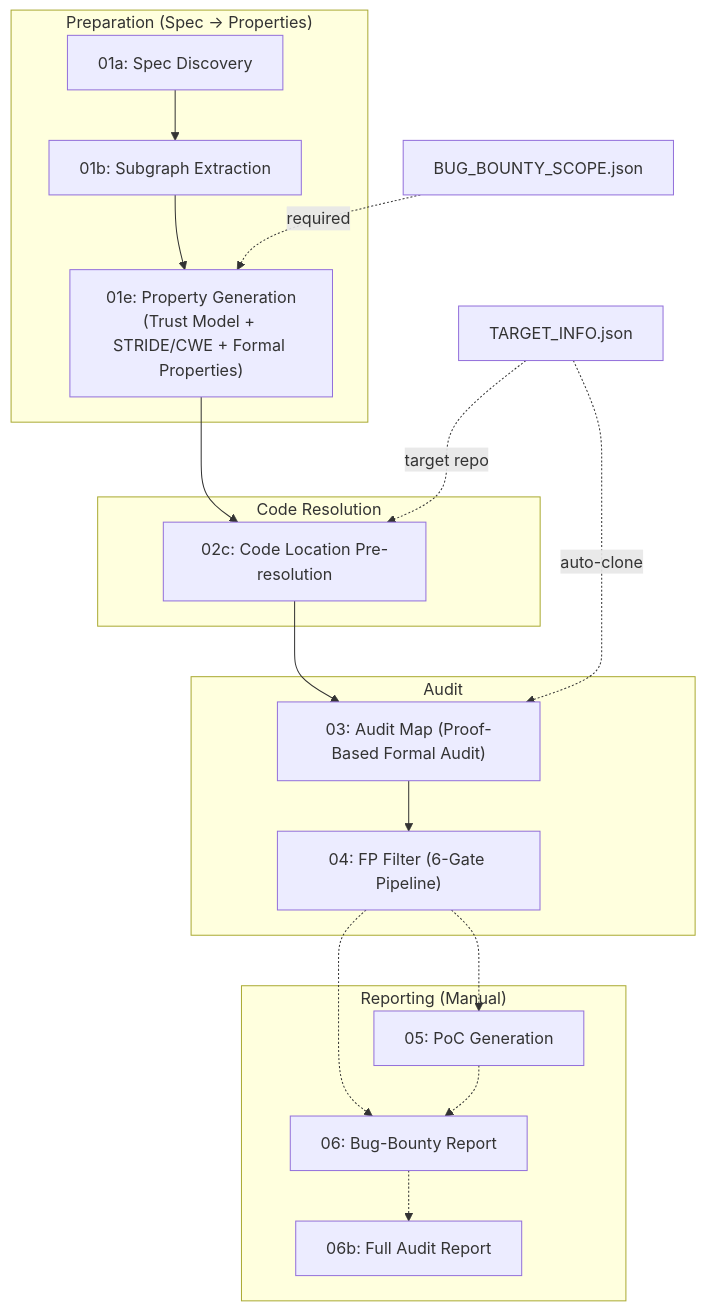
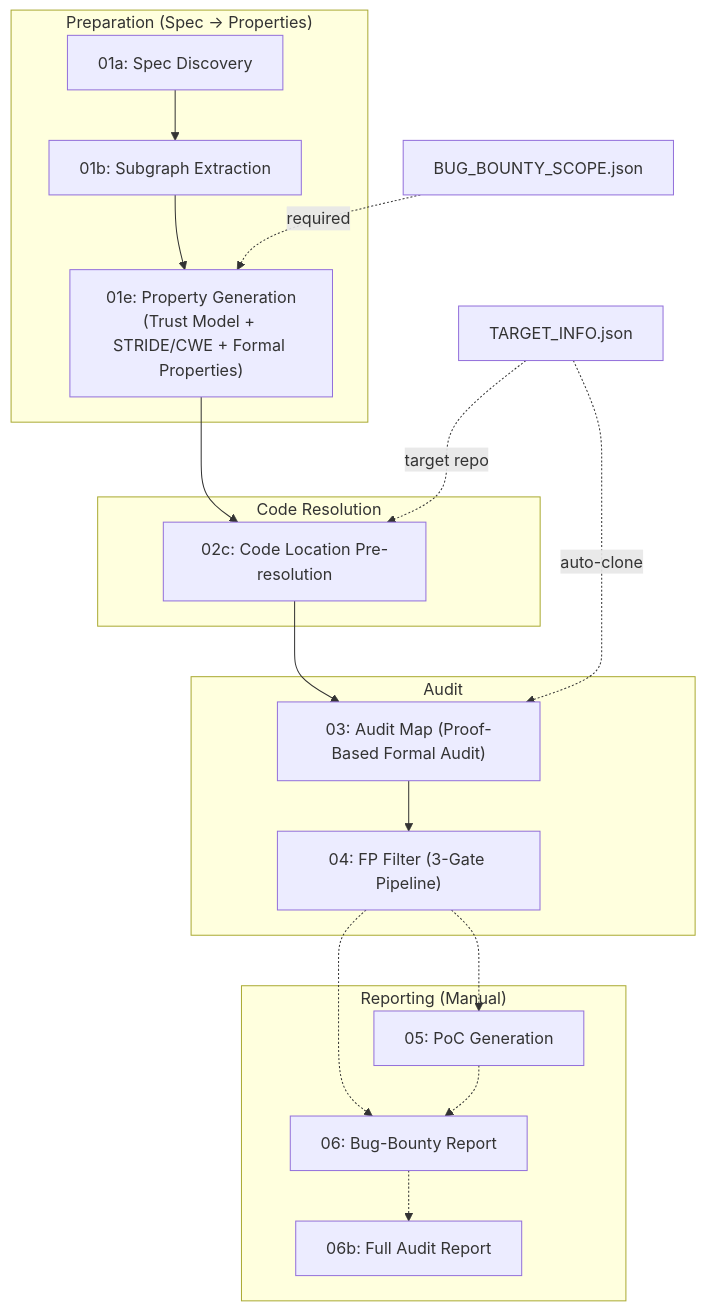
One commit to Meta-Develop/speca_for_codex changed the first of 2 diagrams in README.md. Above: the diagram before and after it, drawn with Mermaid. The commit also changed other lines of this file and 2 other files, not shown here.

````diff
--- a/README.md
+++ b/README.md
@@ -39,27 +39,27 @@
 ```mermaid
 flowchart TB
     subgraph "Preparation (Spec → Properties)"
         A["01a: Spec Discovery"] --> B["01b: Subgraph Extraction"]
         B --> E["01e: Property Generation<br/>(Trust Model + STRIDE/CWE + Formal Properties)"]
     end
 
     subgraph "Code Resolution"
         E --> F["02c: Code Location Pre-resolution"]
     end
 
     subgraph "Audit"
         F --> G["03: Audit Map (Proof-Based Formal Audit)"]
-        G --> H["04: FP Filter (6-Gate Pipeline)"]
+        G --> H["04: FP Filter (3-Gate Pipeline)"]
     end
 
     subgraph "Reporting (Manual)"
         H -.-> I["05: PoC Generation"]
         H -.-> J["06: Bug-Bounty Report"]
         I -.-> J
         J -.-> K["06b: Full Audit Report"]
     end
 
     BBS["BUG_BOUNTY_SCOPE.json"] -.->|required| E
     TI["TARGET_INFO.json"] -.->|target repo| F
     TI -.->|auto-clone| G
 ```
````
